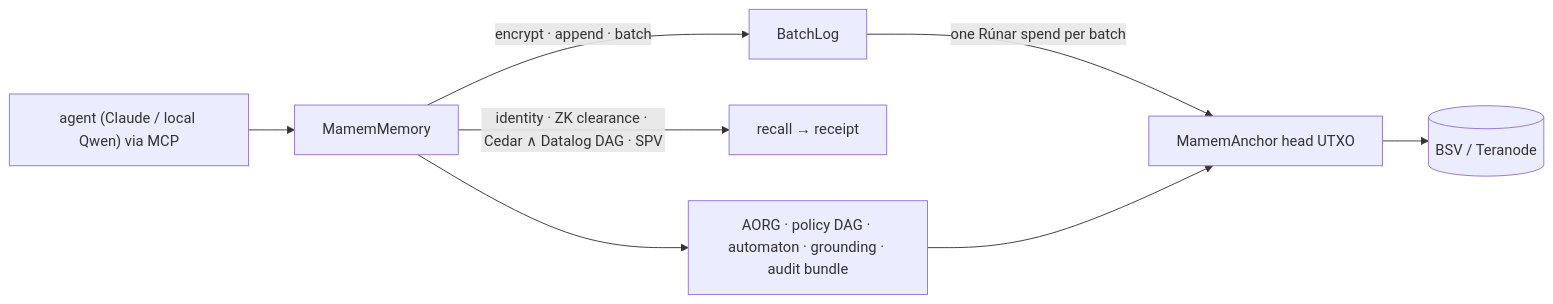
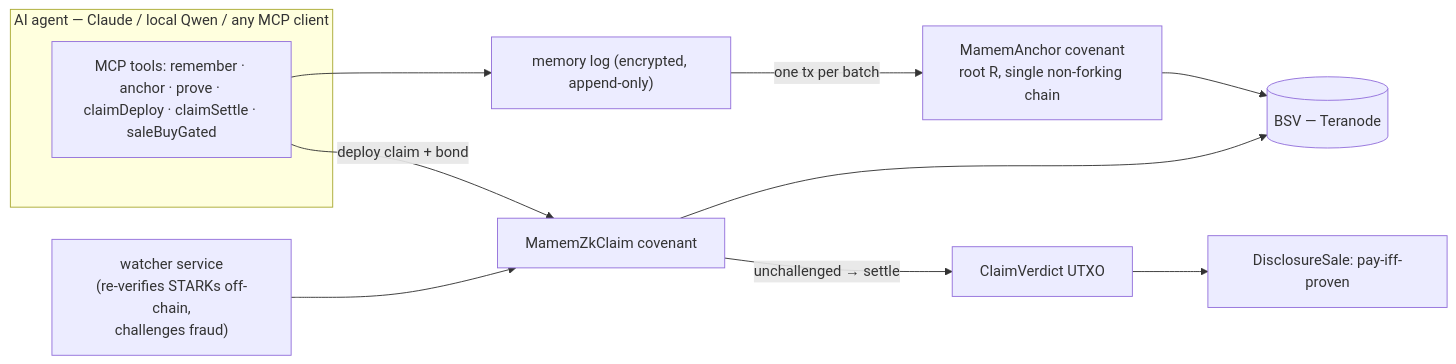
One commit to kryptokrates/nektar changed the diagram in README.md. Above: the diagram before and after it, drawn with Mermaid. The commit also changed other lines of this file, not shown here.

````diff
--- a/README.md
+++ b/README.md
@@ -9,10 +72,14 @@
 ```mermaid
 flowchart LR
-  agent["agent (Claude / local Qwen) via MCP"] --> mem["MamemMemory"]
-  mem -->|"encrypt · append · batch"| log["BatchLog"]
-  log -->|"one Rúnar spend per batch"| anchor["MamemAnchor head UTXO"]
-  anchor --> bsv[("BSV / Teranode")]
-  mem -->|"identity · ZK clearance · Cedar ∧ Datalog DAG · SPV"| read["recall → receipt"]
-  mem --> reason["AORG · policy DAG · automaton · grounding · audit bundle"]
-  reason --> anchor
+  subgraph agent["AI agent — Claude / local Qwen / any MCP client"]
+    tools["MCP tools: remember · anchor · prove · claimDeploy · claimSettle · saleBuyGated"]
+  end
+  tools --> mem["memory log (encrypted, append-only)"]
+  mem -->|"one tx per batch"| anchor["MamemAnchor covenant<br/>root R, single non-forking chain"]
+  anchor --> bsv[("BSV — Teranode")]
+  tools -->|"deploy claim + bond"| claim["MamemZkClaim covenant"]
+  claim --> bsv
+  watcher["watcher service<br/>(re-verifies STARKs off-chain,<br/>challenges fraud)"] --> claim
+  claim -->|"unchallenged → settle"| verdict["ClaimVerdict UTXO"]
+  verdict --> sale["DisclosureSale: pay-iff-proven"]
 ```
````
